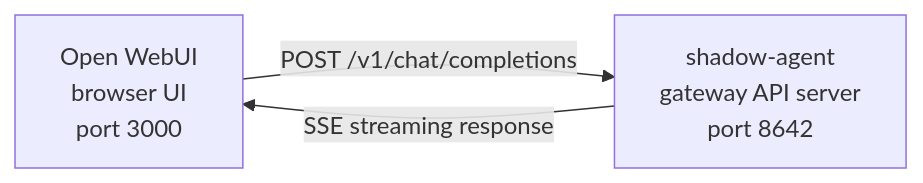
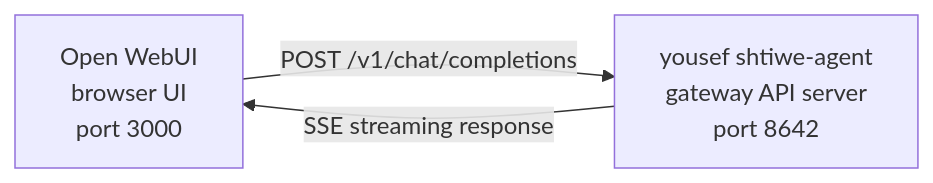
One commit to sadadonline17-oss/yousef-shtiwe-worm-v2 changed the diagram in website/docs/user-guide/messaging/open-webui.md. Above: the diagram before and after it, drawn with Mermaid. The commit also changed other lines of this file and 1185 other files, not shown here.

````diff
--- a/website/docs/user-guide/messaging/open-webui.md
+++ b/website/docs/user-guide/messaging/open-webui.md
@@ -13,7 +13,7 @@
 ```mermaid
 flowchart LR
     A["Open WebUI<br/>browser UI<br/>port 3000"]
-    B["shadow-agent<br/>gateway API server<br/>port 8642"]
+    B["yousef shtiwe-agent<br/>gateway API server<br/>port 8642"]
     A -->|POST /v1/chat/completions| B
     B -->|SSE streaming response| A
 ```
````
